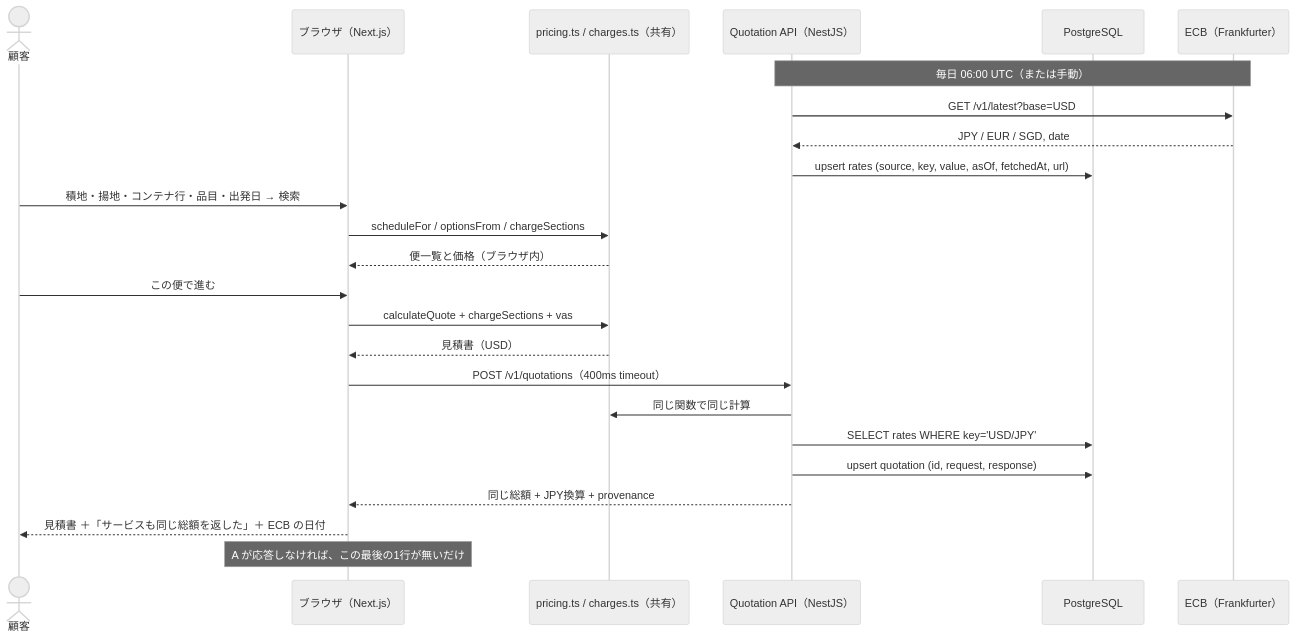
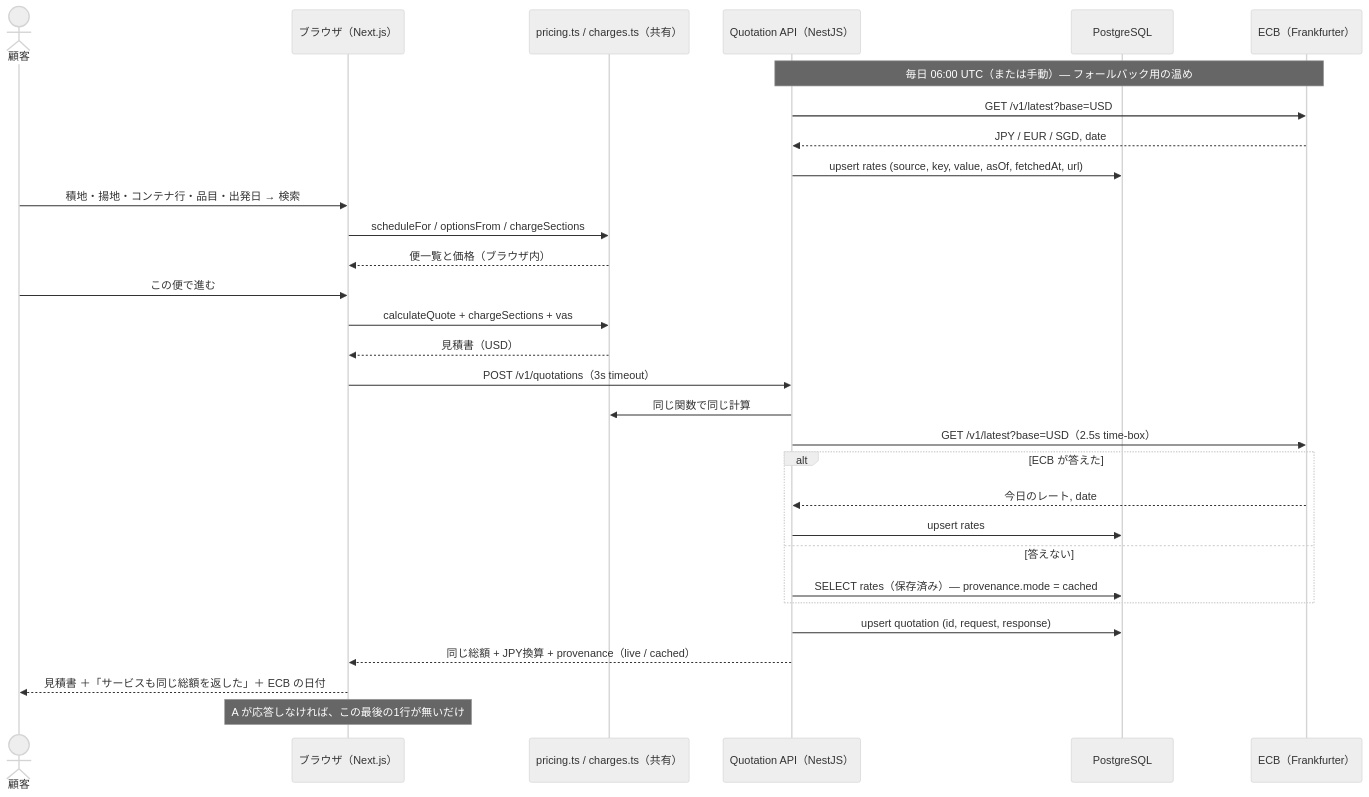
One commit to futohayakumo/ONEQUOTE-final-product-futo changed the diagram in DEMO_SCRIPT.md. Above: the diagram before and after it, drawn with Mermaid (neutral theme). The commit also changed other lines of this file and 20 other files, not shown here.

````diff
--- a/DEMO_SCRIPT.md
+++ b/DEMO_SCRIPT.md
@@ -171,28 +172,34 @@
 ```mermaid
 sequenceDiagram
     actor C as 顧客
     participant W as ブラウザ（Next.js）
     participant P as pricing.ts / charges.ts（共有）
     participant A as Quotation API（NestJS）
     participant D as PostgreSQL
     participant E as ECB（Frankfurter）
 
-    Note over A,E: 毎日 06:00 UTC（または手動）
+    Note over A,E: 毎日 06:00 UTC（または手動）— フォールバック用の温め
     A->>E: GET /v1/latest?base=USD
     E-->>A: JPY / EUR / SGD, date
     A->>D: upsert rates (source, key, value, asOf, fetchedAt, url)
 
     C->>W: 積地・揚地・コンテナ行・品目・出発日 → 検索
     W->>P: scheduleFor / optionsFrom / chargeSections
     P-->>W: 便一覧と価格（ブラウザ内）
     C->>W: この便で進む
     W->>P: calculateQuote + chargeSections + vas
     P-->>W: 見積書（USD）
-    W->>A: POST /v1/quotations（400ms timeout）
+    W->>A: POST /v1/quotations（3s timeout）
     A->>P: 同じ関数で同じ計算
-    A->>D: SELECT rates WHERE key='USD/JPY'
+    A->>E: GET /v1/latest?base=USD（2.5s time-box）
+    alt ECB が答えた
+        E-->>A: 今日のレート, date
+        A->>D: upsert rates
+    else 答えない
+        A->>D: SELECT rates（保存済み）— provenance.mode = cached
+    end
     A->>D: upsert quotation (id, request, response)
-    A-->>W: 同じ総額 + JPY換算 + provenance
+    A-->>W: 同じ総額 + JPY換算 + provenance（live / cached）
     W-->>C: 見積書 ＋「サービスも同じ総額を返した」＋ ECB の日付
     Note over W: A が応答しなければ、この最後の1行が無いだけ
 ```
````
